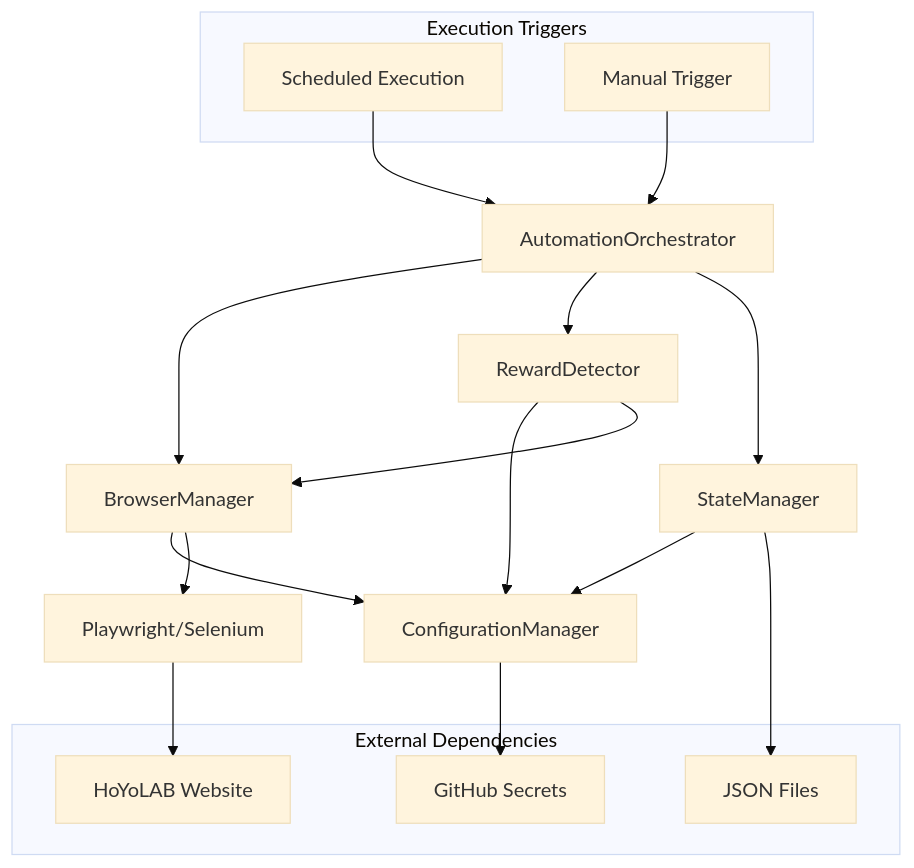
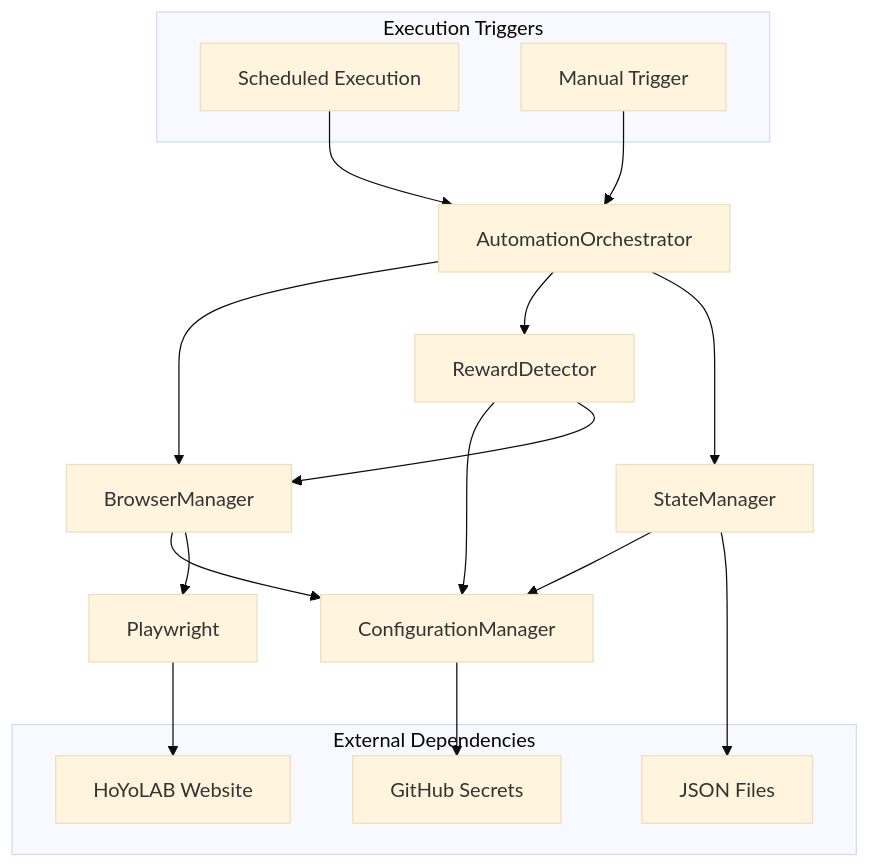
One commit to SiegfredLorelle/genshin-checkin-bot changed the diagram in docs/architecture/components.md. Above: the diagram before and after it, drawn with Mermaid (base theme). The commit also changed other lines of this file and 1 other file, not shown here.

First line of the commit message:
docs(arch): update for selenium removal

````diff
--- a/docs/architecture/components.md
+++ b/docs/architecture/components.md
@@ -143,31 +143,31 @@
 ```mermaid
 graph TB
     subgraph "Execution Triggers"
         Schedule[Scheduled Execution]
         Manual[Manual Trigger]
     end
 
     Schedule --> Orchestrator[AutomationOrchestrator]
     Manual --> Orchestrator
 
     Orchestrator --> Browser[BrowserManager]
     Orchestrator --> Detector[RewardDetector]
     Orchestrator --> State[StateManager]
 
     Browser --> Config[ConfigurationManager]
     Detector --> Config
     Detector --> Browser
     State --> Config
 
-    Browser --> Playwright[Playwright/Selenium]
+    Browser --> Playwright[Playwright]
     Config --> Secrets[GitHub Secrets]
     State --> FileSystem[JSON Files]
 
     Playwright --> HoYoLAB[HoYoLAB Website]
 
     subgraph "External Dependencies"
         Secrets
         HoYoLAB
         FileSystem
     end
 ```
````
